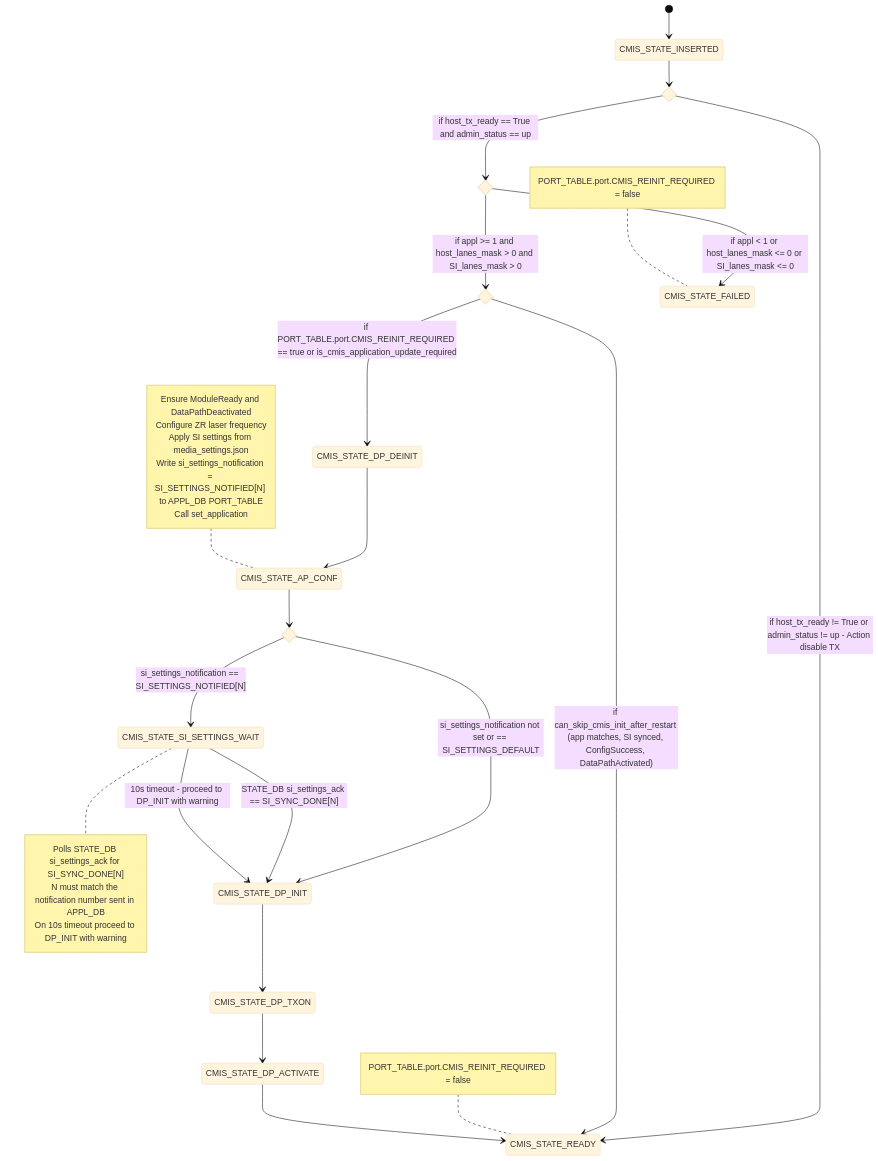
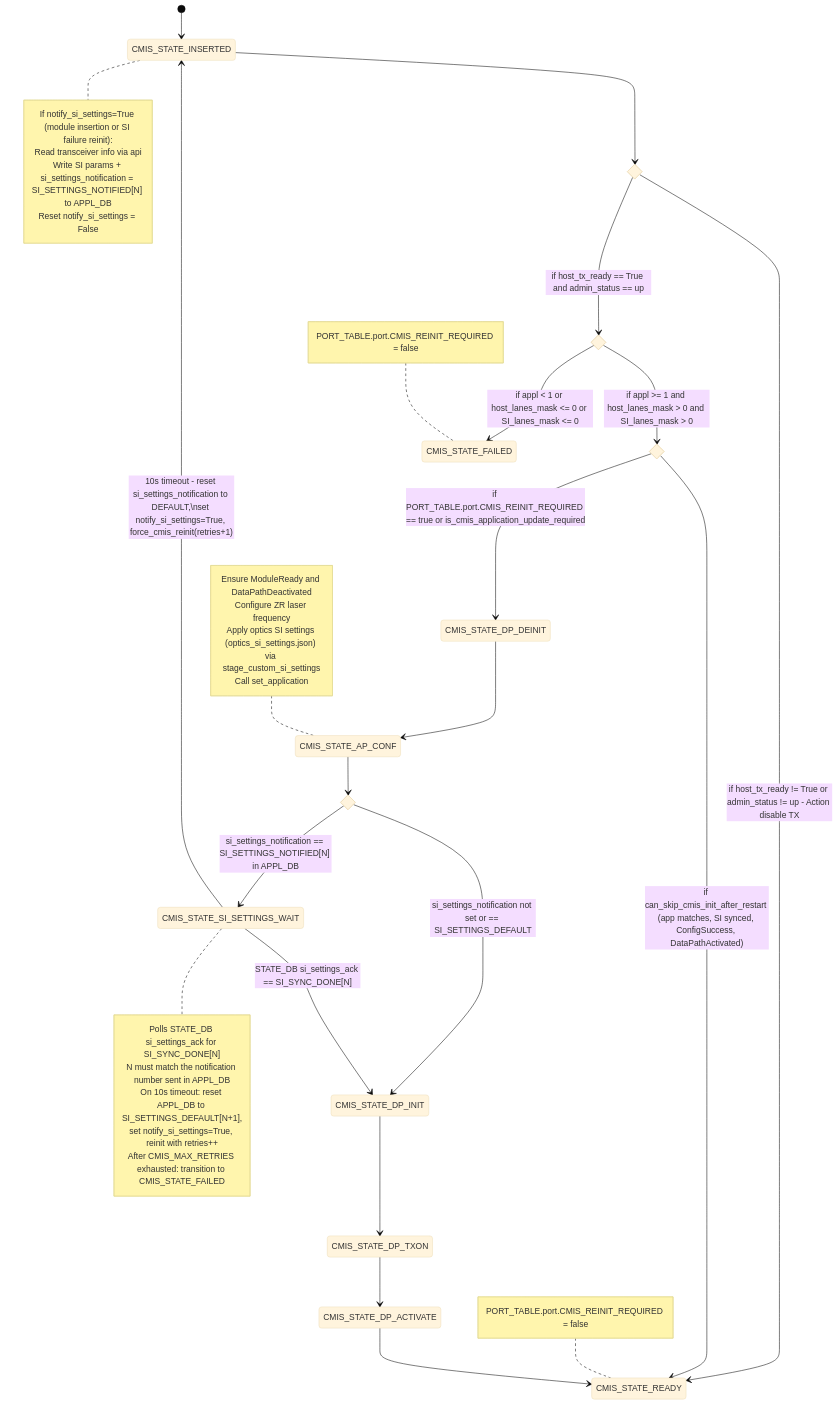
One commit to sonic-net/SONiC changed the fourth of 6 diagrams in doc/sfp-cmis/Interface-Link-bring-up-sequence.md. Above: the diagram before and after it, drawn with Mermaid (base theme). The commit also changed other lines of this file, not shown here.

````diff
--- a/doc/sfp-cmis/Interface-Link-bring-up-sequence.md
+++ b/doc/sfp-cmis/Interface-Link-bring-up-sequence.md
@@ -350,40 +377,47 @@
 ```mermaid
 stateDiagram-v2
     [*] --> CMIS_STATE_INSERTED
     state if_state <<choice>>
     state if_state2 <<choice>>
     state if_state3 <<choice>>
     state if_state4 <<choice>>
     CMIS_STATE_INSERTED --> if_state
+    note right of CMIS_STATE_INSERTED
+        If notify_si_settings=True (module insertion or SI failure reinit):
+          Read transceiver info via api
+          Write SI params + si_settings_notification = SI_SETTINGS_NOTIFIED[N] to APPL_DB
+          Reset notify_si_settings = False
+    end note
     if_state --> CMIS_STATE_READY : if host_tx_ready != True or admin_status != up - Action disable TX
     if_state --> if_state2 : if host_tx_ready == True and admin_status == up
     if_state2 --> if_state4 : if appl >= 1 and host_lanes_mask > 0 and SI_lanes_mask > 0
     if_state2 --> CMIS_STATE_FAILED : if appl < 1 or host_lanes_mask <= 0 or SI_lanes_mask <= 0
     note left of CMIS_STATE_FAILED : PORT_TABLE.port.CMIS_REINIT_REQUIRED = false
     if_state4 --> CMIS_STATE_READY : if can_skip_cmis_init_after_restart (app matches, SI synced, ConfigSuccess, DataPathActivated)
     note left of CMIS_STATE_READY : PORT_TABLE.port.CMIS_REINIT_REQUIRED = false
     if_state4 --> CMIS_STATE_DP_DEINIT : if PORT_TABLE.port.CMIS_REINIT_REQUIRED == true or is_cmis_application_update_required
 
     CMIS_STATE_DP_DEINIT --> CMIS_STATE_AP_CONF
 
     note left of CMIS_STATE_AP_CONF
         Ensure ModuleReady and DataPathDeactivated
         Configure ZR laser frequency
-        Apply SI settings from media_settings.json
-        Write si_settings_notification = SI_SETTINGS_NOTIFIED[N] to APPL_DB PORT_TABLE
+        Apply optics SI settings (optics_si_settings.json) via stage_custom_si_settings
         Call set_application
     end note
     CMIS_STATE_AP_CONF --> if_state3
-    if_state3 --> CMIS_STATE_SI_SETTINGS_WAIT : si_settings_notification == SI_SETTINGS_NOTIFIED[N]
+    if_state3 --> CMIS_STATE_SI_SETTINGS_WAIT : si_settings_notification == SI_SETTINGS_NOTIFIED[N] in APPL_DB
     if_state3 --> CMIS_STATE_DP_INIT : si_settings_notification not set or == SI_SETTINGS_DEFAULT
     CMIS_STATE_SI_SETTINGS_WAIT --> CMIS_STATE_DP_INIT : STATE_DB si_settings_ack == SI_SYNC_DONE[N]
-    CMIS_STATE_SI_SETTINGS_WAIT --> CMIS_STATE_DP_INIT : 10s timeout - proceed to DP_INIT with warning
+    CMIS_STATE_SI_SETTINGS_WAIT --> CMIS_STATE_INSERTED : 10s timeout - reset si_settings_notification to DEFAULT,\nset notify_si_settings=True, force_cmis_reinit(retries+1)
     note right of CMIS_STATE_SI_SETTINGS_WAIT
         Polls STATE_DB si_settings_ack for SI_SYNC_DONE[N]
         N must match the notification number sent in APPL_DB
-        On 10s timeout proceed to DP_INIT with warning
+        On 10s timeout: reset APPL_DB to SI_SETTINGS_DEFAULT[N+1],
+        set notify_si_settings=True, reinit with retries++
+        After CMIS_MAX_RETRIES exhausted: transition to CMIS_STATE_FAILED
     end note
     CMIS_STATE_DP_INIT --> CMIS_STATE_DP_TXON
     CMIS_STATE_DP_TXON --> CMIS_STATE_DP_ACTIVATE
     CMIS_STATE_DP_ACTIVATE --> CMIS_STATE_READY
 ```
````
